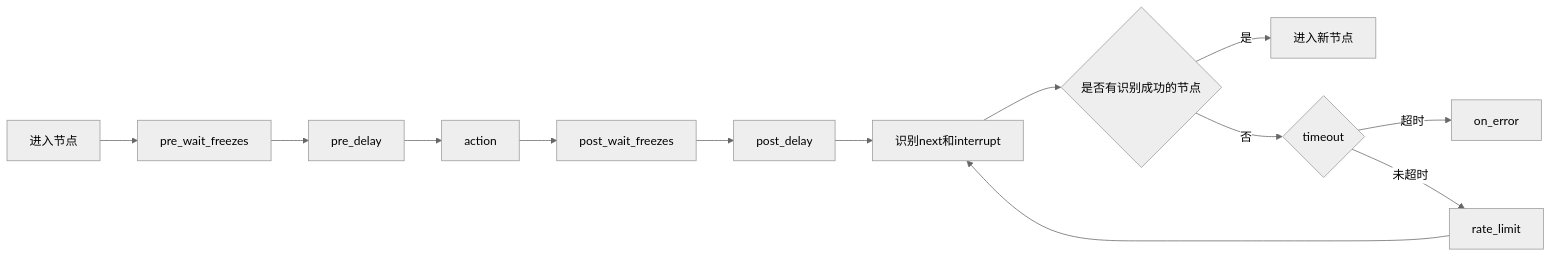
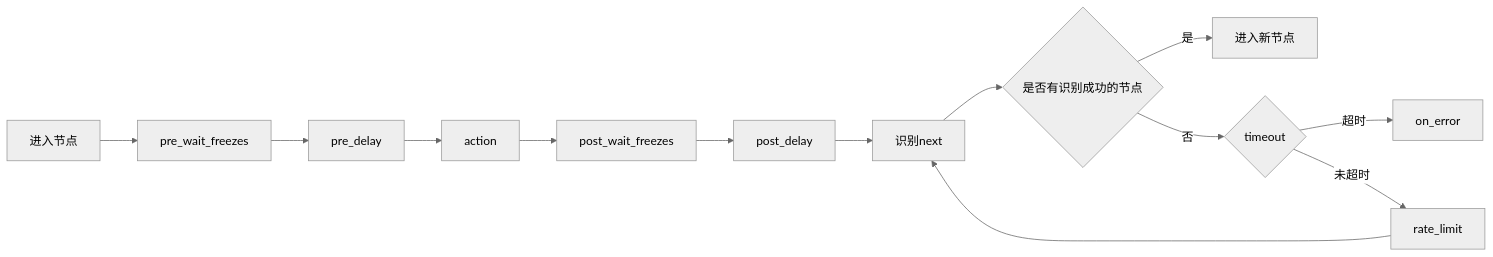
The third of 4 diagrams in docs/zh_cn/3.1-任务流水线协议.md (MaaXYZ/MaaFramework), drawn with Mermaid (neutral theme) before and after one commit. The commit also changed other lines of this file and 19 other files, not shown here.

````diff
--- a/docs/zh_cn/3.1-任务流水线协议.md
+++ b/docs/zh_cn/3.1-任务流水线协议.md
@@ -228,15 +215,15 @@
 ```mermaid
     graph LR
         A[进入节点] --> B[pre_wait_freezes]
         B --> C[pre_delay]
         C --> D[action]
         D --> E[post_wait_freezes]
         E --> F[post_delay]
-        F --> G[识别next和interrupt]
+        F --> G[识别next]
         G --> H{是否有识别成功的节点}
         H -->|是| I[进入新节点]
         H -->|否| J{timeout}
         J -->|超时| K[on_error]
         J -->|未超时| L[rate_limit]
         L --> G
 ```
````
